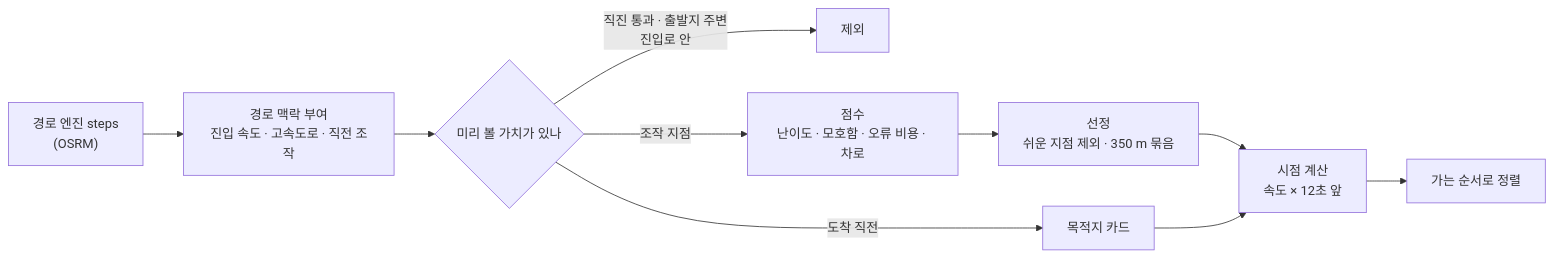
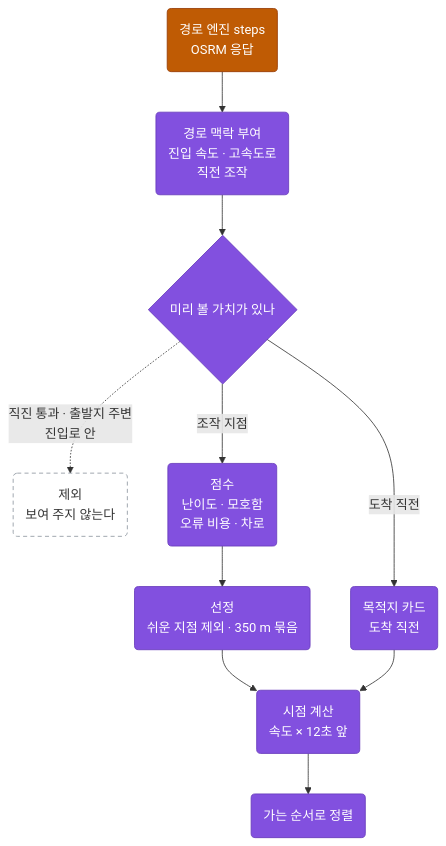
One commit to JoisFe/deja-vroom changed the diagram in docs/algorithm.md. Above: the diagram before and after it, drawn with Mermaid. The commit also changed other lines of this file and 17 other files, not shown here.

First line of the commit message:
문서 다이어그램을 색·모양 규칙에 맞춰 다시 그리고 코드와 다른 설명 정리

````diff
--- a/docs/algorithm.md
+++ b/docs/algorithm.md
@@ -15,12 +17,23 @@
 ```mermaid
-flowchart LR
-    A["경로 엔진 steps<br/>(OSRM)"] --> B["경로 맥락 부여<br/>진입 속도 · 고속도로 · 직전 조작"]
-    B --> C{"미리 볼 가치가 있나"}
-    C -->|"직진 통과 · 출발지 주변<br/>진입로 안"| X[제외]
-    C -->|조작 지점| D["점수<br/>난이도 · 모호함 · 오류 비용 · 차로"]
-    C -->|도착 직전| T["목적지 카드"]
-    D --> E["선정<br/>쉬운 지점 제외 · 350 m 묶음"]
-    E --> F["시점 계산<br/>속도 × 12초 앞"]
+flowchart TB
+    A("경로 엔진 steps<br/>OSRM 응답"):::ext
+    B("경로 맥락 부여<br/>진입 속도 · 고속도로<br/>직전 조작"):::domain
+    C{"미리 볼 가치가 있나"}:::domain
+    X("제외<br/>보여 주지 않는다"):::plan
+    D("점수<br/>난이도 · 모호함<br/>오류 비용 · 차로"):::domain
+    T("목적지 카드<br/>도착 직전"):::domain
+    E("선정<br/>쉬운 지점 제외 · 350 m 묶음"):::domain
+    F("시점 계산<br/>속도 × 12초 앞"):::domain
+    G("가는 순서로 정렬"):::domain
+    A --> B --> C
+    C -.->|"직진 통과 · 출발지 주변<br/>진입로 안"| X
+    C -->|"조작 지점"| D
+    C -->|"도착 직전"| T
+    D --> E --> F
     T --> F
-    F --> G["가는 순서로 정렬"]
+    F --> G
+
+    classDef ext fill:#bf5b04,stroke:#953800,color:#ffffff
+    classDef domain fill:#8250df,stroke:#6639ba,color:#ffffff
+    classDef plan fill:none,stroke:#8b949e,stroke-dasharray:5 4
 ```
````
